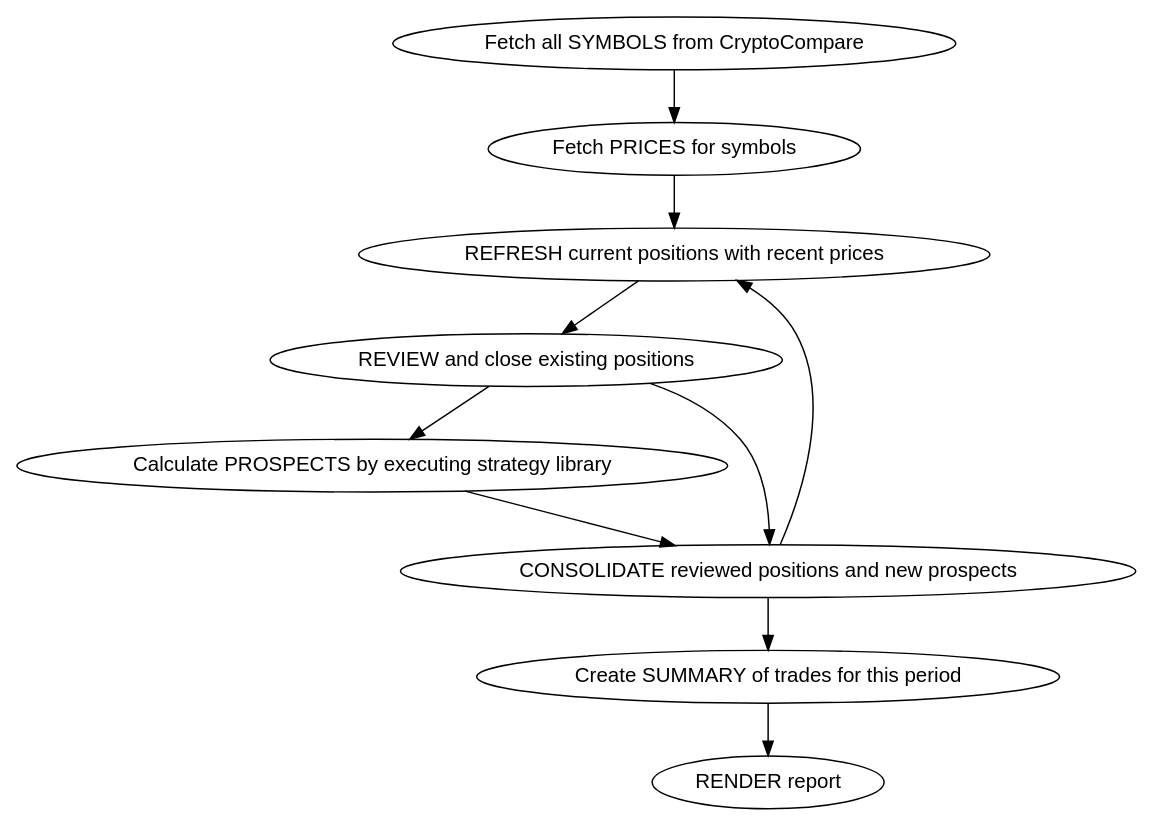
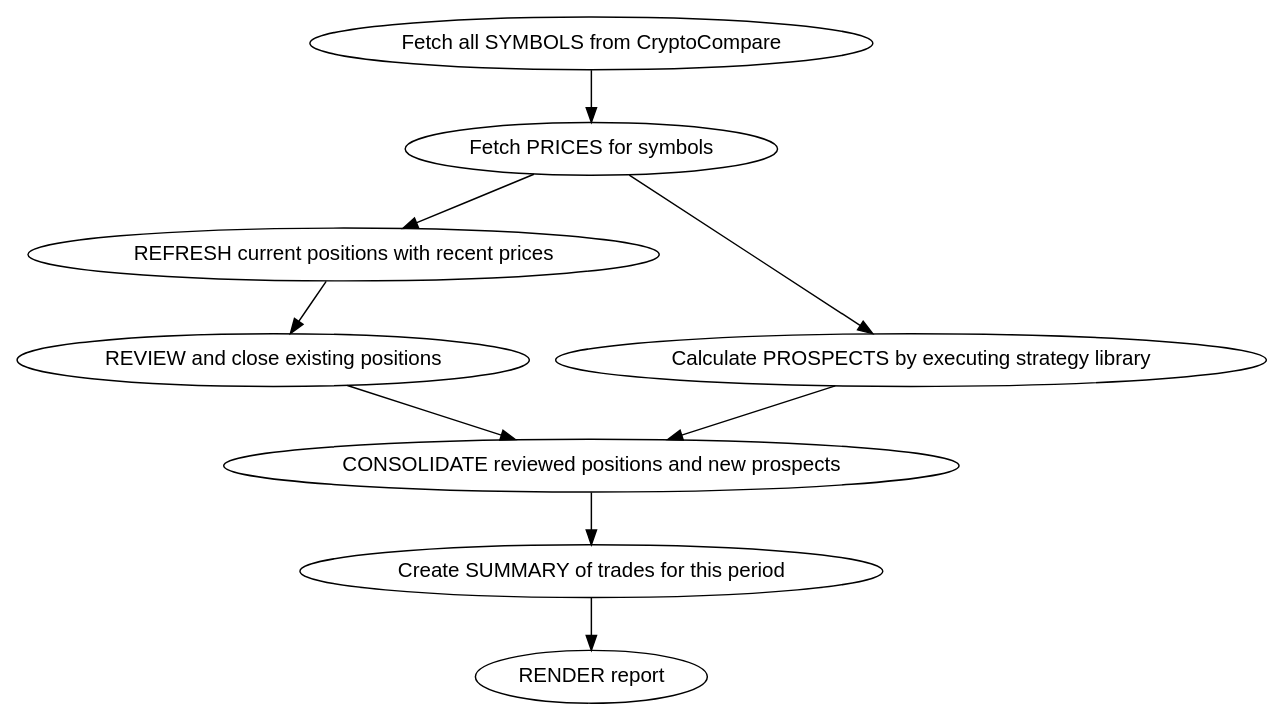
Before and after one commit to deanturpin/handt: the diagram in doc/handt.dot, drawn with Graphviz. The commit also changed 2 other files, not shown here.

```diff
--- a/doc/handt.dot
+++ b/doc/handt.dot
@@ -1,21 +1,19 @@
 digraph {
 
   node [fontname=Helvetica]
 
   "Fetch all SYMBOLS from CryptoCompare"
     -> "Fetch PRICES for symbols"
     -> "REFRESH current positions with recent prices"
     -> "REVIEW and close existing positions"
+
+  "Fetch PRICES for symbols"
     -> "Calculate PROSPECTS by executing strategy library"
     -> "CONSOLIDATE reviewed positions and new prospects"
-    -> "Create SUMMARY of trades for this period"
-    -> "RENDER report"
 
   // Consolidate takes review and new
   "REVIEW and close existing positions"
     -> "CONSOLIDATE reviewed positions and new prospects"
-
-  // Consolidated trades feeds back into refresh
-  "CONSOLIDATE reviewed positions and new prospects"
-    -> "REFRESH current positions with recent prices"
+    -> "Create SUMMARY of trades for this period"
+    -> "RENDER report"
 }
```
